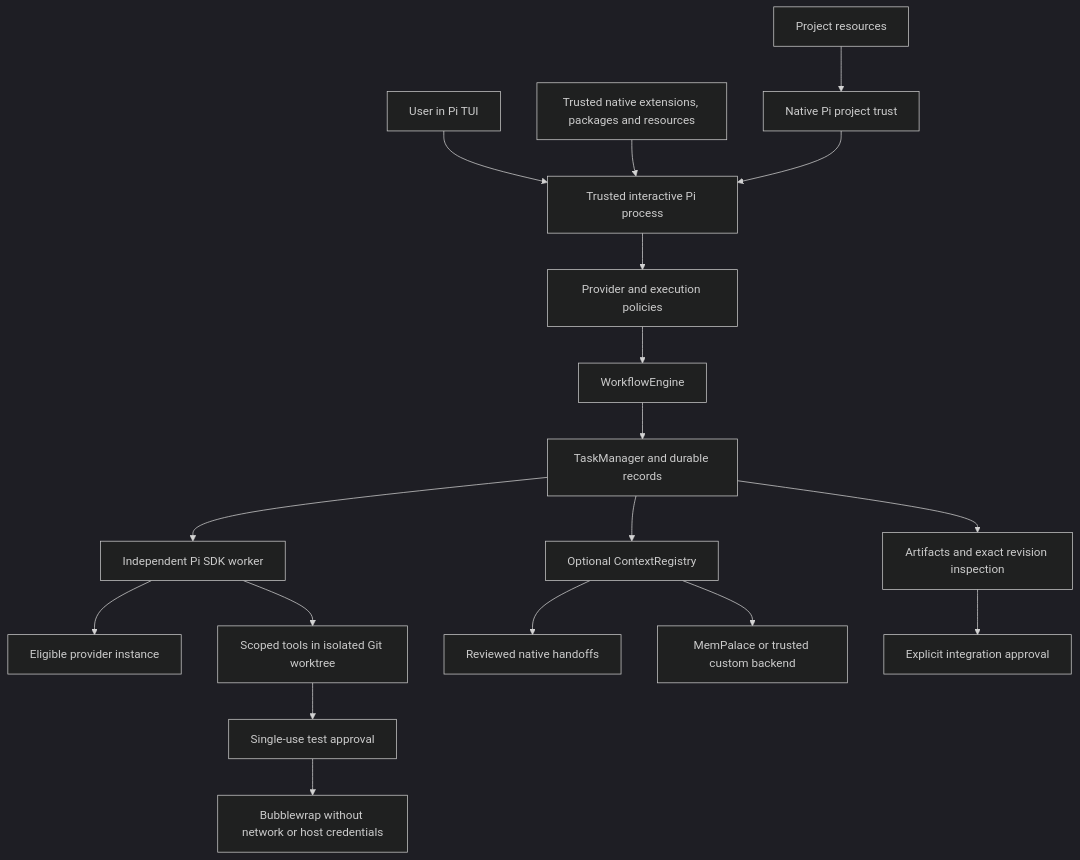
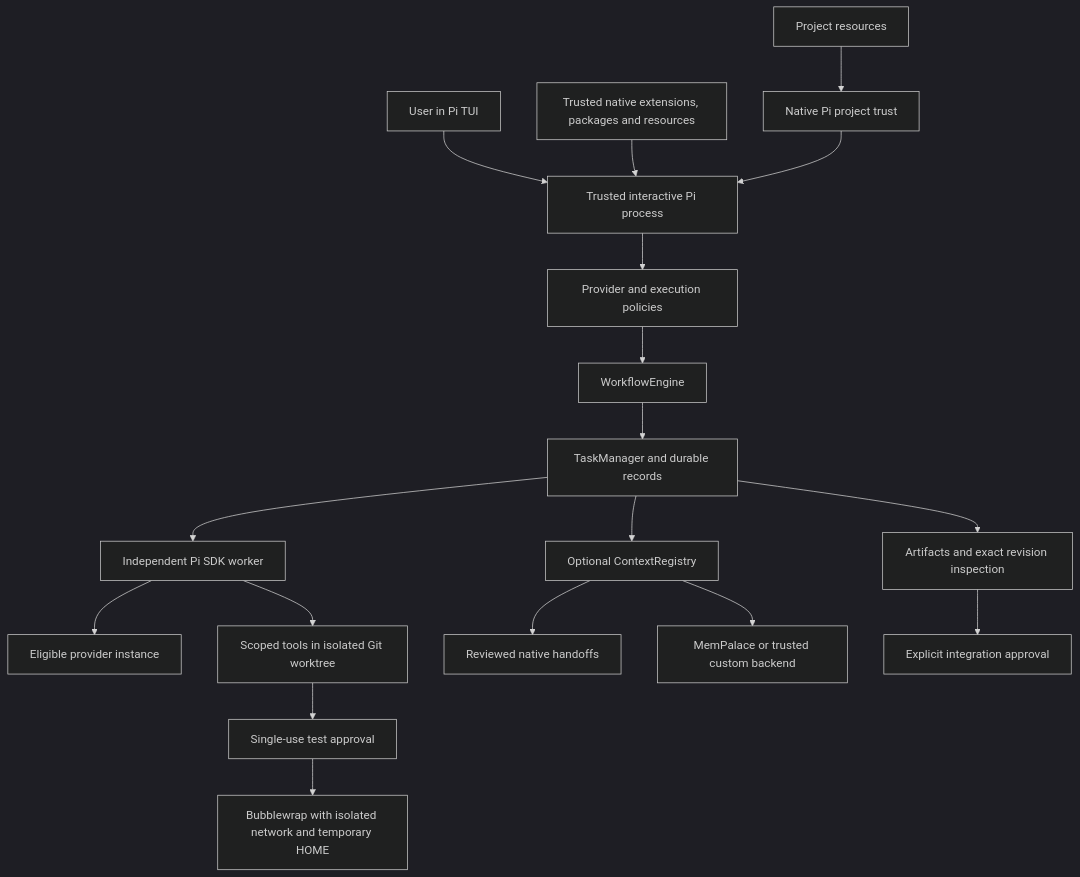
Before and after one commit to jabez007/pi-poly-agent: the diagram in docs/architecture.md, drawn with Mermaid (dark theme). The commit also changed other lines of this file and 10 other files, not shown here.

````diff
--- a/docs/architecture.md
+++ b/docs/architecture.md
@@ -16,20 +16,20 @@
 ```mermaid
 flowchart TD
     Human[User in Pi TUI] --> Pi[Trusted interactive Pi process]
     Native[Trusted native extensions, packages and resources] --> Pi
     Project[Project resources] --> Trust[Native Pi project trust]
     Trust --> Pi
     Pi --> Policy[Provider and execution policies]
     Policy --> Workflow[WorkflowEngine]
     Workflow --> Tasks[TaskManager and durable records]
     Tasks --> Worker[Independent Pi SDK worker]
     Worker --> Provider[Eligible provider instance]
     Worker --> Files[Scoped tools in isolated Git worktree]
     Files --> Approval[Single-use test approval]
-    Approval --> Sandbox[Bubblewrap without network or host credentials]
+    Approval --> Sandbox[Bubblewrap with isolated network and temporary HOME]
     Tasks --> Context[Optional ContextRegistry]
     Context --> NativeContext[Reviewed native handoffs]
     Context --> Memory[MemPalace or trusted custom backend]
     Tasks --> Review[Artifacts and exact revision inspection]
     Review --> Apply[Explicit integration approval]
 ```
````
